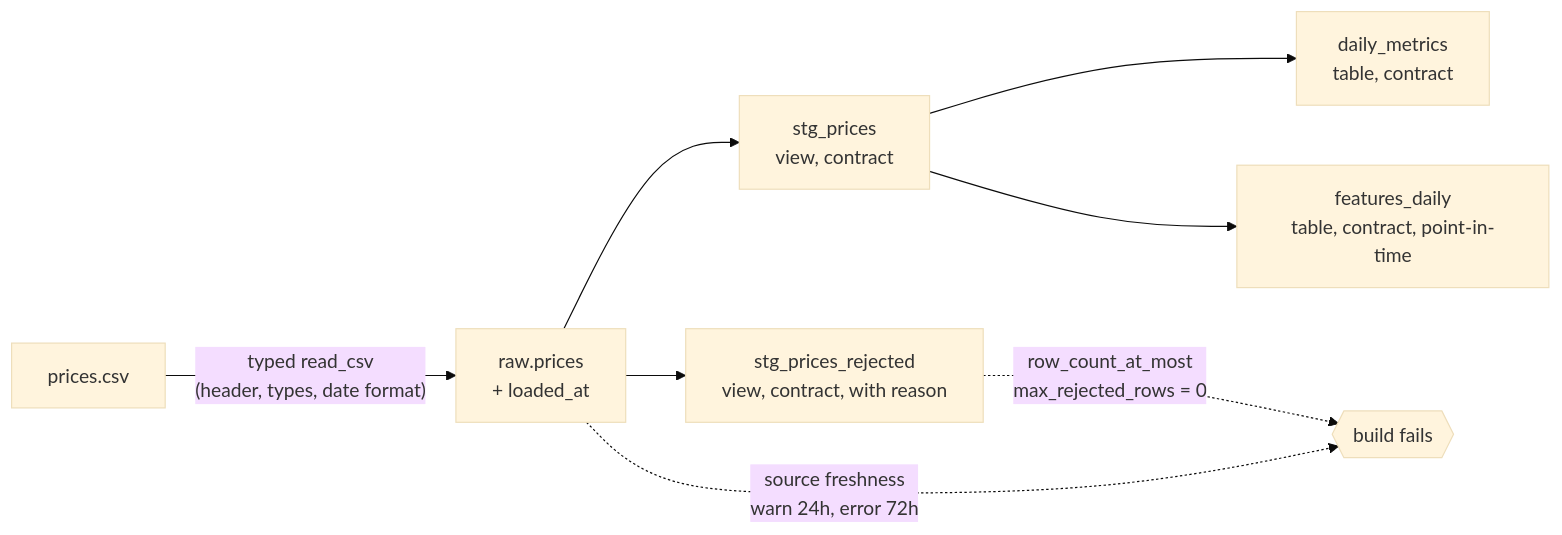
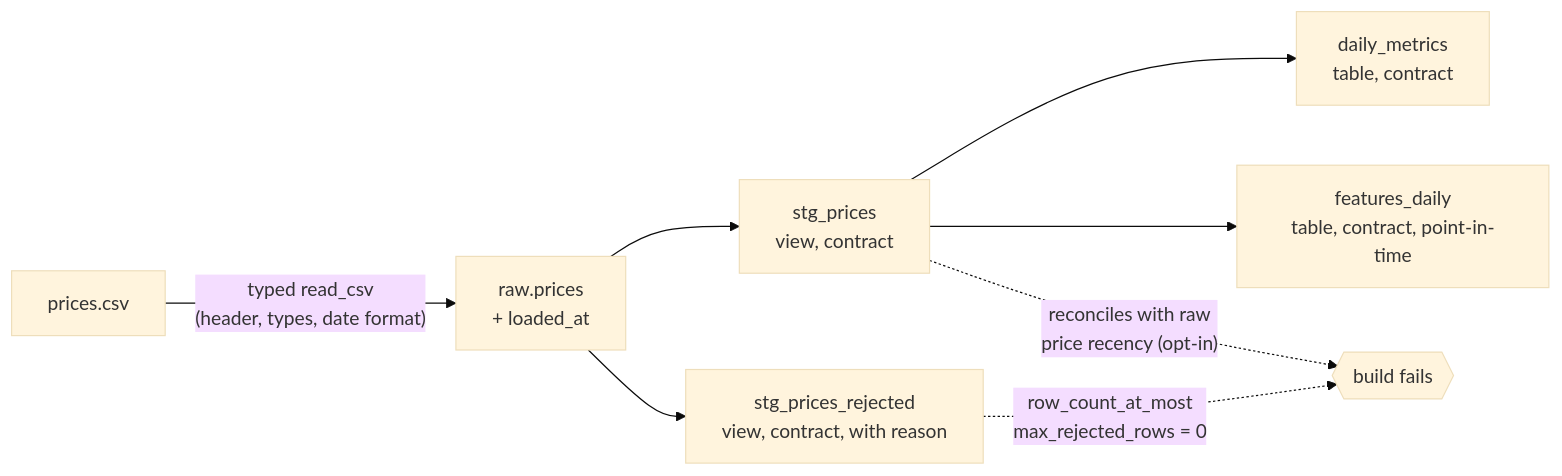
Before and after one commit to Rodrigo-Palma/market-elt: the diagram in README.md, drawn with Mermaid (base theme). The commit also changed other lines of this file, not shown here.

````diff
--- a/README.md
+++ b/README.md
@@ -49,10 +58,10 @@
 ```mermaid
 flowchart LR
     csv[prices.csv] -->|"typed read_csv<br/>(header, types, date format)"| raw[raw.prices<br/>+ loaded_at]
     raw --> stg[stg_prices<br/>view, contract]
     raw --> rej[stg_prices_rejected<br/>view, contract, with reason]
     stg --> dm[daily_metrics<br/>table, contract]
     stg --> fd[features_daily<br/>table, contract, point-in-time]
     rej -. "row_count_at_most<br/>max_rejected_rows = 0" .-> gate{{build fails}}
-    raw -. "source freshness<br/>warn 24h, error 72h" .-> gate
+    stg -. "reconciles with raw<br/>price recency (opt-in)" .-> gate
 ```
````
